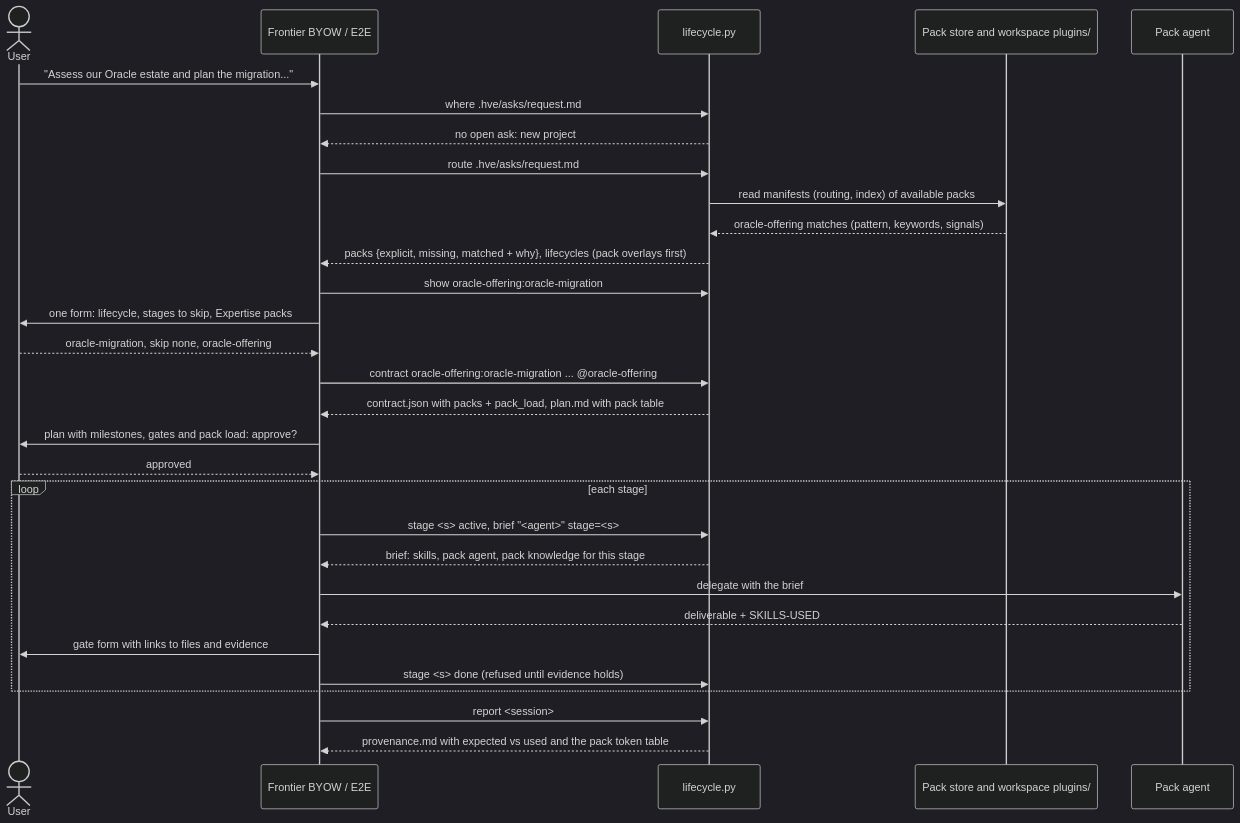
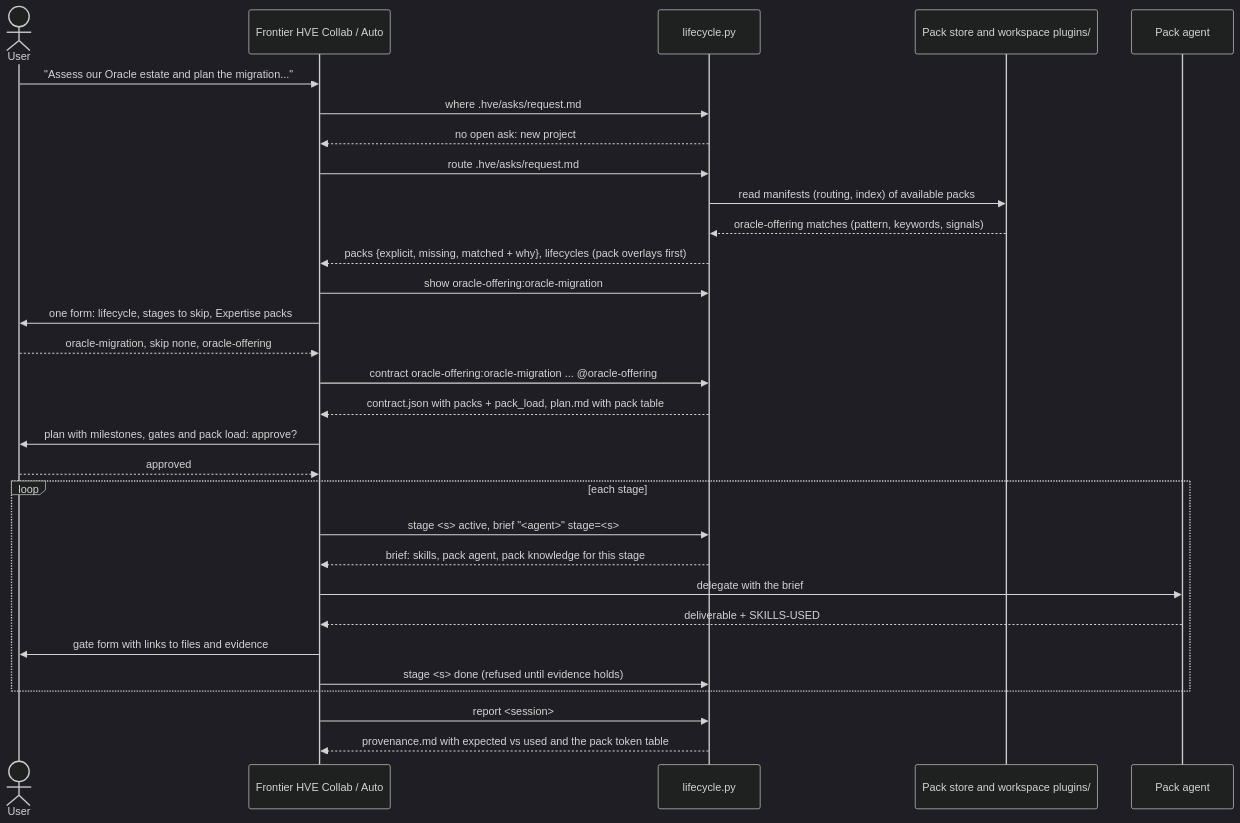
One commit to muralim-ai2/Frontier-HVE changed the first of 4 diagrams in extension/runtime/docs/wiki/Plugins.md. Above: the diagram before and after it, drawn with Mermaid (dark theme). The commit also changed other lines of this file and 65 other files, not shown here.

Commit message:
Frontier HVE Auto and Collab, 18 personas from a catalog, Collab stage entry with a project ledger, Auto ticked gates; Claude-first model order; extension 0.18.0 (D-062)

````diff
--- a/extension/runtime/docs/wiki/Plugins.md
+++ b/extension/runtime/docs/wiki/Plugins.md
@@ -167,32 +167,32 @@
 ```mermaid
 sequenceDiagram
     actor U as User
-    participant A as Frontier BYOW / E2E
+    participant A as Frontier HVE Collab / Auto
     participant L as lifecycle.py
     participant S as Pack store and workspace plugins/
     participant P as Pack agent
     U->>A: "Assess our Oracle estate and plan the migration..."
     A->>L: where .hve/asks/request.md
     L-->>A: no open ask: new project
     A->>L: route .hve/asks/request.md
     L->>S: read manifests (routing, index) of available packs
     S-->>L: oracle-offering matches (pattern, keywords, signals)
     L-->>A: packs {explicit, missing, matched + why}, lifecycles (pack overlays first)
     A->>L: show oracle-offering:oracle-migration
     A->>U: one form: lifecycle, stages to skip, Expertise packs
     U-->>A: oracle-migration, skip none, oracle-offering
     A->>L: contract oracle-offering:oracle-migration ... @oracle-offering
     L-->>A: contract.json with packs + pack_load, plan.md with pack table
     A->>U: plan with milestones, gates and pack load: approve?
     U-->>A: approved
     loop each stage
         A->>L: stage <s> active, brief "<agent>" stage=<s>
         L-->>A: brief: skills, pack agent, pack knowledge for this stage
         A->>P: delegate with the brief
         P-->>A: deliverable + SKILLS-USED
         A->>U: gate form with links to files and evidence
         A->>L: stage <s> done (refused until evidence holds)
     end
     A->>L: report <session>
     L-->>A: provenance.md with expected vs used and the pack token table
 ```
````
